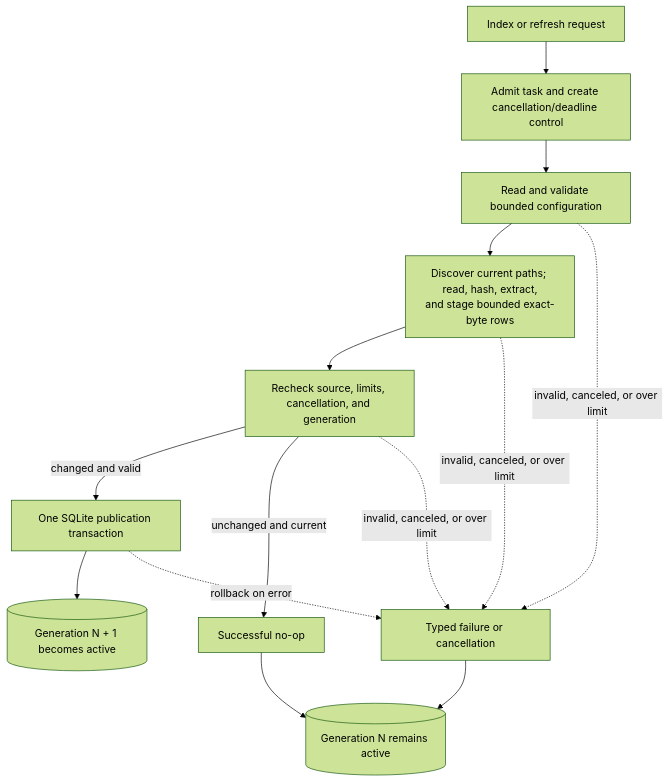
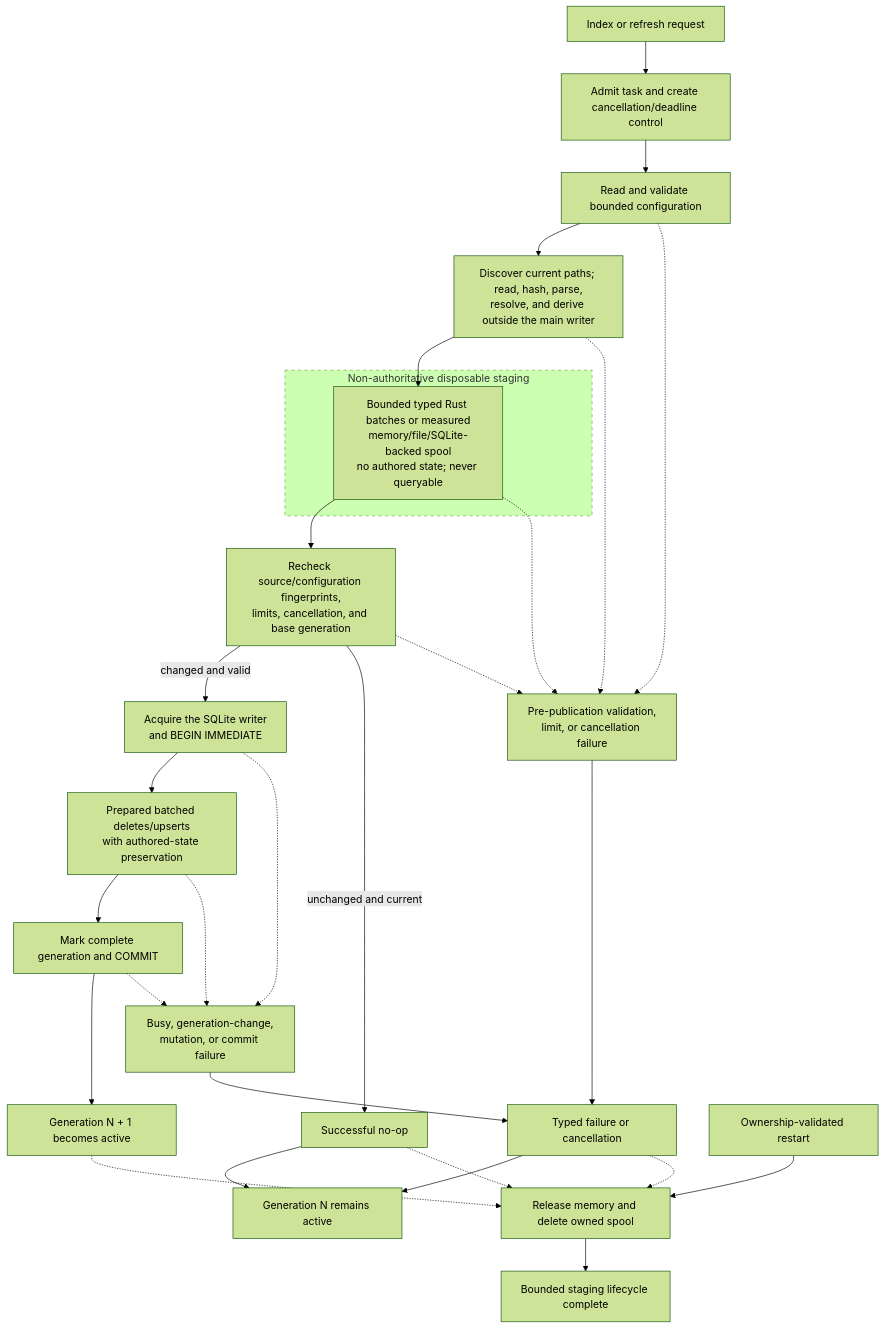
Before and after one commit to styler-ai/ProjectAtlas: the seventh of 10 diagrams in docs/projectatlas-3-architecture.md, drawn with Mermaid (forest theme). The commit also changed other lines of this file and 11 other files, not shown here.

Commit message:
docs(architecture): complete issue 308 database design (#308)

````diff
--- a/docs/projectatlas-3-architecture.md
+++ b/docs/projectatlas-3-architecture.md
@@ -303,22 +667,42 @@
 ```mermaid
 flowchart TB
     Request[Index or refresh request]
     Admit[Admit task and create cancellation/deadline control]
     Inputs[Read and validate bounded configuration]
-    Build[Discover current paths; read, hash, extract,<br/>and stage bounded exact-byte rows]
-    Recheck[Recheck source, limits, cancellation, and generation]
-    Commit[One SQLite publication transaction]
+    Build[Discover current paths; read, hash, parse,<br/>resolve, and derive outside the main writer]
+    subgraph Transient[Non-authoritative disposable staging]
+        Stage[Bounded typed Rust batches or measured<br/>memory/file/SQLite-backed spool<br/>no authored state; never queryable]
+    end
+    Recheck[Recheck source/configuration fingerprints,<br/>limits, cancellation, and base generation]
+    Begin[Acquire the SQLite writer<br/>and BEGIN IMMEDIATE]
+    Apply[Prepared batched deletes/upserts<br/>with authored-state preservation]
+    Commit[Mark complete generation and COMMIT]
     NoChange[Successful no-op]
-    Next[(Generation N + 1 becomes active)]
-    Prior[(Generation N remains active)]
+    Next[Generation N + 1 becomes active]
+    Prior[Generation N remains active]
     Fail[Typed failure or cancellation]
+    PrewriteFailure[Pre-publication validation,<br/>limit, or cancellation failure]
+    WriteFailure[Busy, generation-change,<br/>mutation, or commit failure]
+    Restart[Ownership-validated restart]
+    Cleanup[Release memory and delete owned spool]
+    Lifecycle[Bounded staging lifecycle complete]
 
-    Request --> Admit --> Inputs --> Build --> Recheck
-    Recheck -->|changed and valid| Commit --> Next
+    Request --> Admit --> Inputs --> Build --> Stage --> Recheck
+    Recheck -->|changed and valid| Begin --> Apply --> Commit --> Next
     Recheck -->|unchanged and current| NoChange --> Prior
-    Inputs -. invalid, canceled, or over limit .-> Fail
-    Build -. invalid, canceled, or over limit .-> Fail
-    Recheck -. invalid, canceled, or over limit .-> Fail
-    Commit -. rollback on error .-> Fail
+    Inputs -.-> PrewriteFailure
+    Build -.-> PrewriteFailure
+    Stage -.-> PrewriteFailure
+    Recheck -.-> PrewriteFailure
+    PrewriteFailure --> Fail
+    Begin -.-> WriteFailure
+    Apply -.-> WriteFailure
+    Commit -.-> WriteFailure
+    WriteFailure --> Fail
     Fail --> Prior
+    Next -.-> Cleanup
+    NoChange -.-> Cleanup
+    Fail -.-> Cleanup
+    Restart --> Cleanup --> Lifecycle
+    style Transient stroke-dasharray: 5 5
 ```
````
